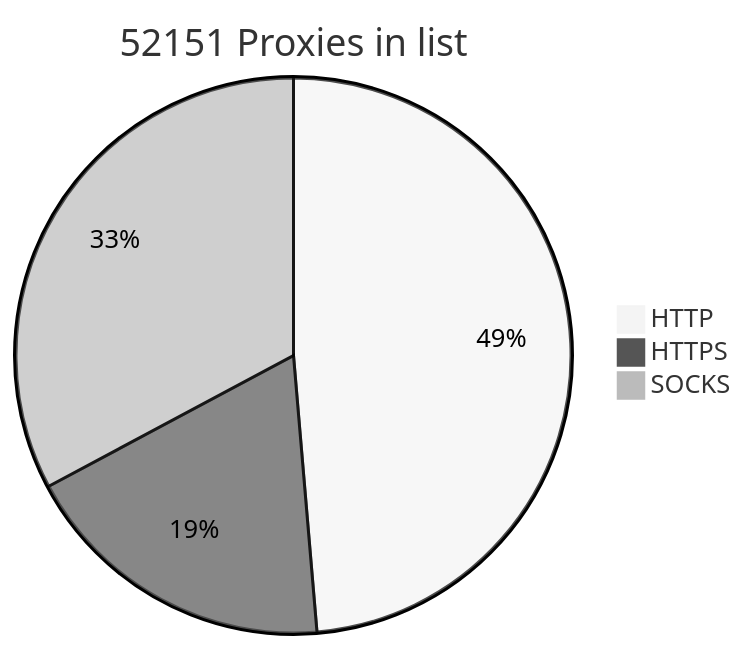
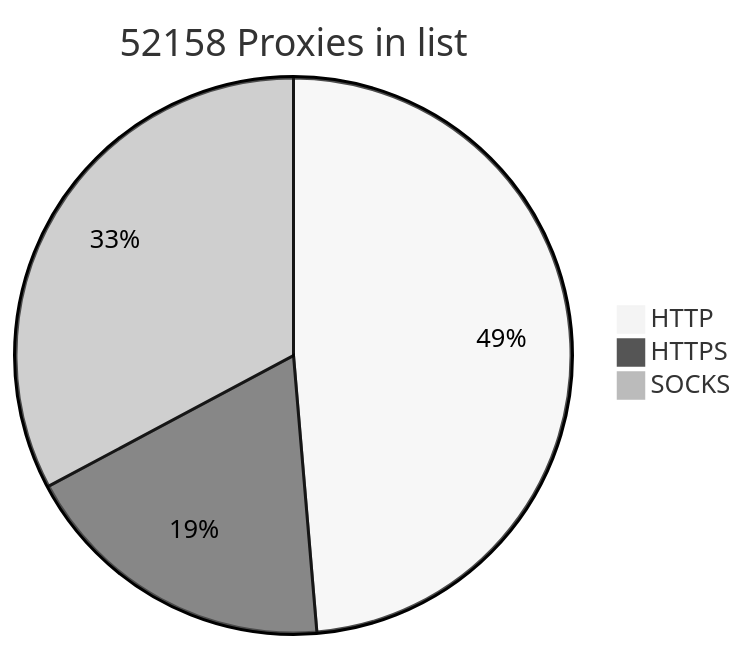
Before and after one commit to BlackSnowDot/proxylist-update-every-minute: the diagram in README.md, drawn with Mermaid (neutral theme).

````diff
--- a/README.md
+++ b/README.md
@@ -2,6 +2,6 @@
 ```mermaid
-pie title 52151 Proxies in list
-    "HTTP" : 28541
+pie title 52158 Proxies in list
+    "HTTP" : 28548
     "HTTPS": 10877
     "SOCKS" : 19247
 ```
````
